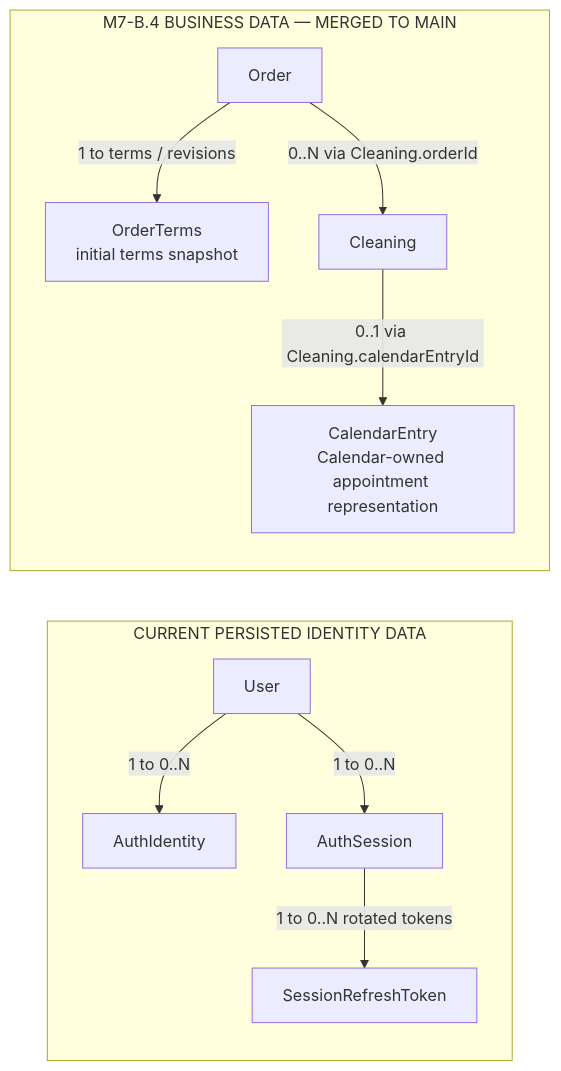
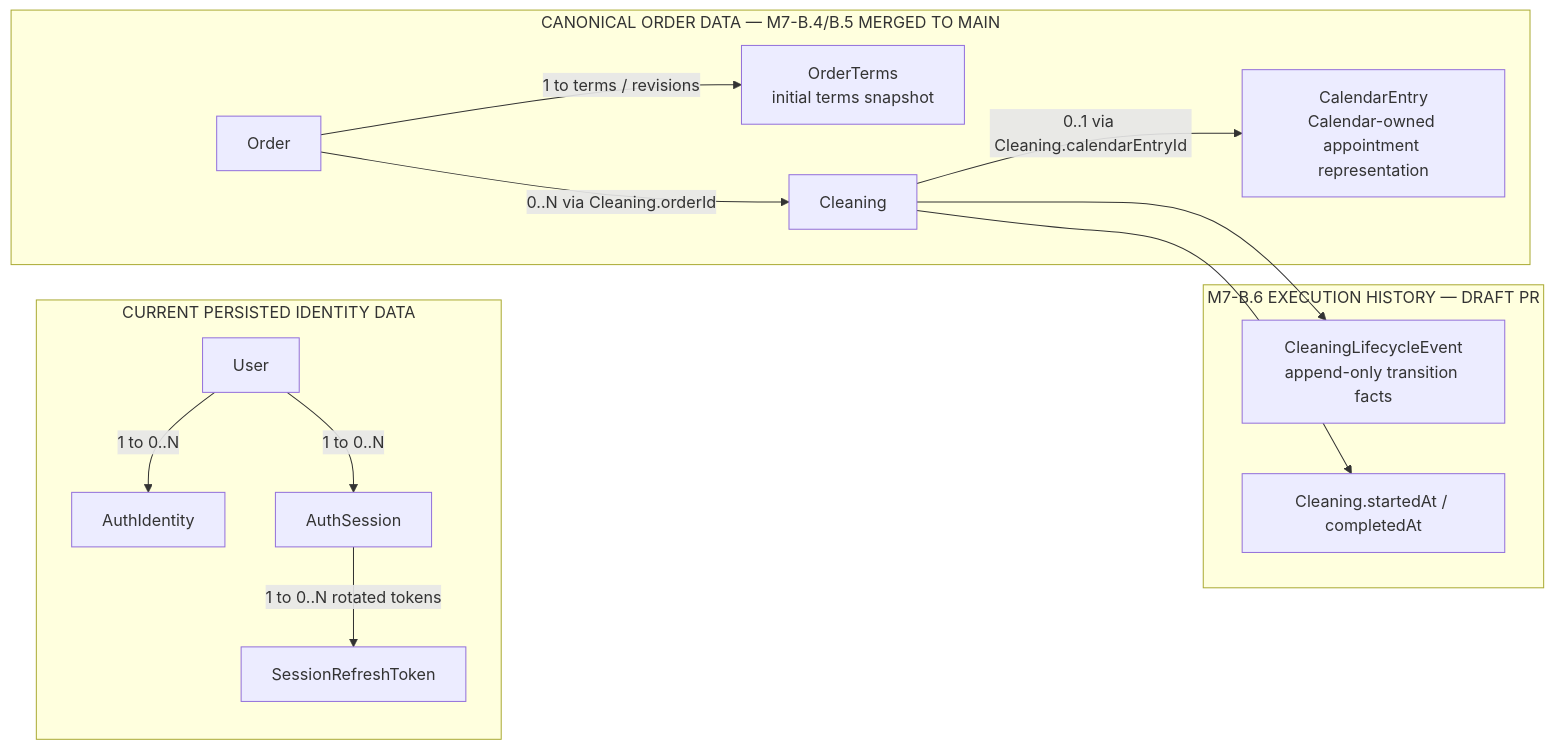
Before and after one commit to qleanfeel-bot/qleanfeel-rn: the fifth of 8 diagrams in docs/ARCHITECTURE_MAP.md, drawn with Mermaid. The commit also changed other lines of this file and 37 other files, not shown here.

Commit message:
feat(cleanings): add execution lifecycle

````diff
--- a/docs/ARCHITECTURE_MAP.md
+++ b/docs/ARCHITECTURE_MAP.md
@@ -183,22 +192,28 @@
 ```mermaid
 flowchart LR
   subgraph Current["CURRENT PERSISTED IDENTITY DATA"]
     User["User"]
     AuthIdentity["AuthIdentity"]
     AuthSession["AuthSession"]
     Refresh["SessionRefreshToken"]
     User -->|"1 to 0..N"| AuthIdentity
     User -->|"1 to 0..N"| AuthSession
     AuthSession -->|"1 to 0..N rotated tokens"| Refresh
   end
 
-  subgraph Business["M7-B.4 BUSINESS DATA — MERGED TO MAIN"]
+  subgraph Business["CANONICAL ORDER DATA — M7-B.4/B.5 MERGED TO MAIN"]
     Order["Order"]
     Terms["OrderTerms<br/>initial terms snapshot"]
     Cleaning["Cleaning"]
     Entry["CalendarEntry<br/>Calendar-owned appointment representation"]
     Order -->|"1 to terms / revisions"| Terms
     Order -->|"0..N via Cleaning.orderId"| Cleaning
     Cleaning -->|"0..1 via Cleaning.calendarEntryId"| Entry
   end
+  subgraph Lifecycle["M7-B.6 EXECUTION HISTORY — DRAFT PR"]
+    Events["CleaningLifecycleEvent<br/>append-only transition facts"]
+    Timestamps["Cleaning.startedAt / completedAt"]
+    Cleaning --> Events
+    Cleaning --> Timestamps
+  end
 ```
````
